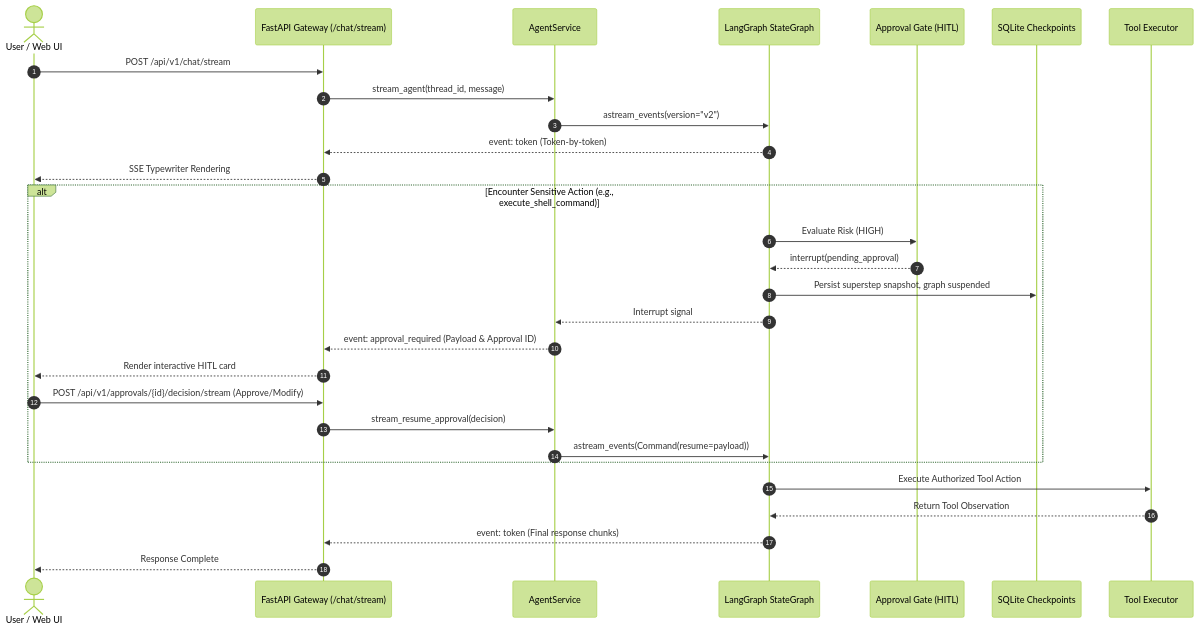
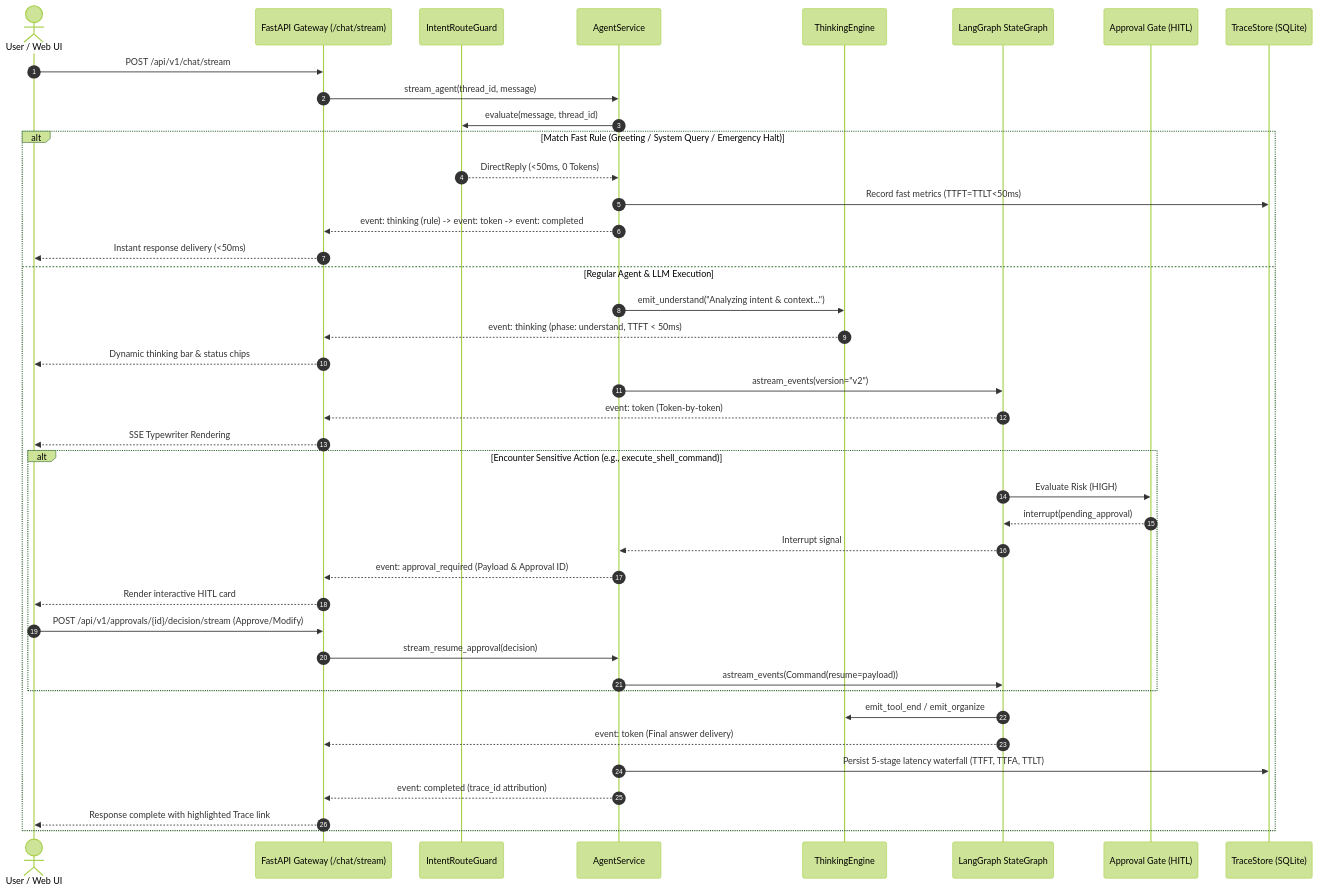
Before and after one commit to theGitForDalibor/JarvisStudio: the second of 2 diagrams in README.en.md, drawn with Mermaid (forest theme). The commit also changed other lines of this file and 6 other files, not shown here.

````diff
--- a/README.en.md
+++ b/README.en.md
@@ -118,35 +129,49 @@
 ```mermaid
 sequenceDiagram
     autonumber
     actor User as User / Web UI
     participant GW as FastAPI Gateway (/chat/stream)
+    participant Guard as IntentRouteGuard
     participant Svc as AgentService
+    participant Think as ThinkingEngine
     participant Graph as LangGraph StateGraph
     participant Gate as Approval Gate (HITL)
-    participant DB as SQLite Checkpoints
-    participant Tool as Tool Executor
+    participant Trace as TraceStore (SQLite)
 
     User->>GW: POST /api/v1/chat/stream
     GW->>Svc: stream_agent(thread_id, message)
-    Svc->>Graph: astream_events(version="v2")
-    Graph-->>GW: event: token (Token-by-token)
-    GW-->>User: SSE Typewriter Rendering
+    Svc->>Guard: evaluate(message, thread_id)
 
-    alt Encounter Sensitive Action (e.g., execute_shell_command)
-        Graph->>Gate: Evaluate Risk (HIGH)
-        Gate-->>Graph: interrupt(pending_approval)
-        Graph->>DB: Persist superstep snapshot, graph suspended
-        Graph-->>Svc: Interrupt signal
-        Svc-->>GW: event: approval_required (Payload & Approval ID)
-        GW-->>User: Render interactive HITL card
-        
-        User->>GW: POST /api/v1/approvals/{id}/decision/stream (Approve/Modify)
-        GW->>Svc: stream_resume_approval(decision)
-        Svc->>Graph: astream_events(Command(resume=payload))
+    alt Match Fast Rule (Greeting / System Query / Emergency Halt)
+        Guard-->>Svc: DirectReply (<50ms, 0 Tokens)
+        Svc->>Trace: Record fast metrics (TTFT=TTLT<50ms)
+        Svc-->>GW: event: thinking (rule) -> event: token -> event: completed
+        GW-->>User: Instant response delivery (<50ms)
+    else Regular Agent & LLM Execution
+        Svc->>Think: emit_understand("Analyzing intent & context...")
+        Think-->>GW: event: thinking (phase: understand, TTFT < 50ms)
+        GW-->>User: Dynamic thinking bar & status chips
+
+        Svc->>Graph: astream_events(version="v2")
+        Graph-->>GW: event: token (Token-by-token)
+        GW-->>User: SSE Typewriter Rendering
+
+        alt Encounter Sensitive Action (e.g., execute_shell_command)
+            Graph->>Gate: Evaluate Risk (HIGH)
+            Gate-->>Graph: interrupt(pending_approval)
+            Graph-->>Svc: Interrupt signal
+            Svc-->>GW: event: approval_required (Payload & Approval ID)
+            GW-->>User: Render interactive HITL card
+            
+            User->>GW: POST /api/v1/approvals/{id}/decision/stream (Approve/Modify)
+            GW->>Svc: stream_resume_approval(decision)
+            Svc->>Graph: astream_events(Command(resume=payload))
+        end
+
+        Graph->>Think: emit_tool_end / emit_organize
+        Graph-->>GW: event: token (Final answer delivery)
+        Svc->>Trace: Persist 5-stage latency waterfall (TTFT, TTFA, TTLT)
+        Svc-->>GW: event: completed (trace_id attribution)
+        GW-->>User: Response complete with highlighted Trace link
     end
-
-    Graph->>Tool: Execute Authorized Tool Action
-    Tool-->>Graph: Return Tool Observation
-    Graph-->>GW: event: token (Final response chunks)
-    GW-->>User: Response Complete
 ```
````
